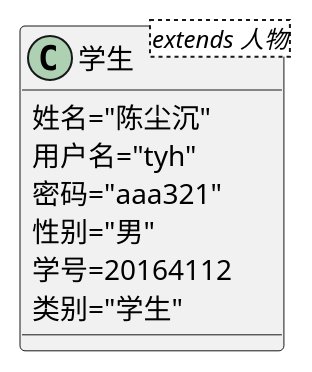
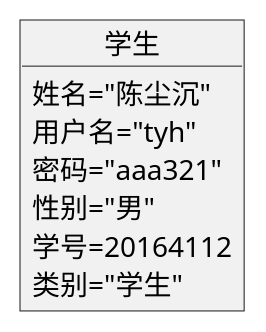
The diagram in test3/puml/student.puml (YYttaa/is_analysis-2), drawn with PlantUML before and after one commit. The commit also changed 18 other files, not shown here.

```diff
--- a/test3/puml/student.puml
+++ b/test3/puml/student.puml
@@ -1,10 +1,10 @@
 @startuml
-class 学生<extends 人物>{
+object 学生{
     姓名="陈尘沉"
     用户名="tyh"
     密码="aaa321"
     性别="男"
     学号=20164112
     类别="学生"
  }
 @enduml
```
